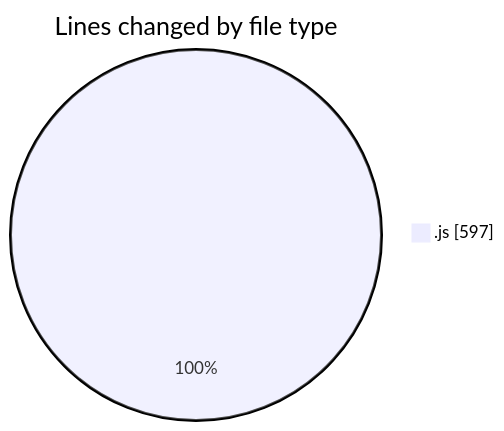
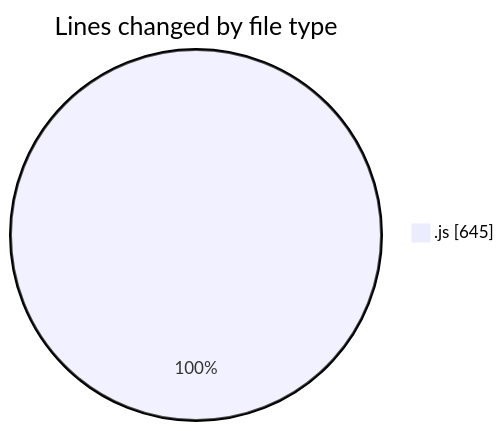
The first of 2 diagrams in 2025-04-08/nxtqube_webapp/README.md (nxtqubesakshisongat/code-tracking), drawn with Mermaid before and after one commit. The commit also changed other lines of this file and 1 other file, not shown here.

````diff
--- a/2025-04-08/nxtqube_webapp/README.md
+++ b/2025-04-08/nxtqube_webapp/README.md
@@ -22,5 +22,5 @@
 ```mermaid
 pie showData
 title Lines changed by file type
-".js" : 597
+".js" : 645
 ```
````
